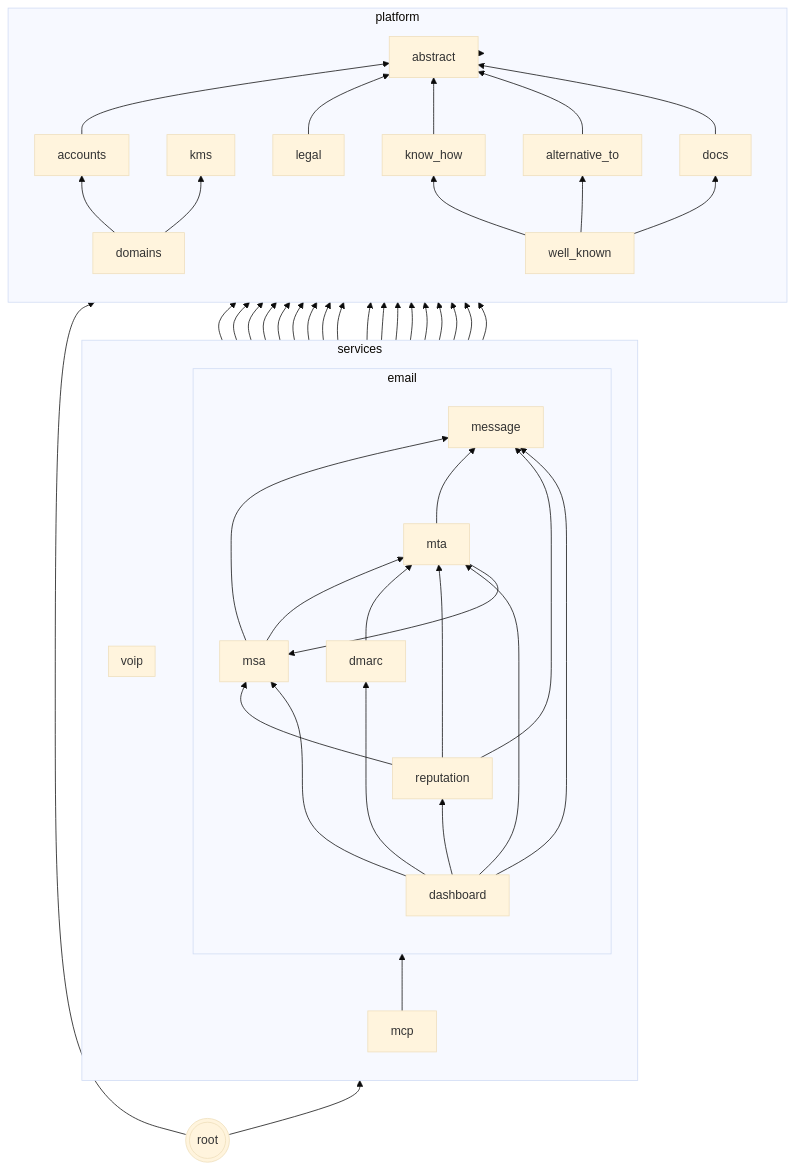
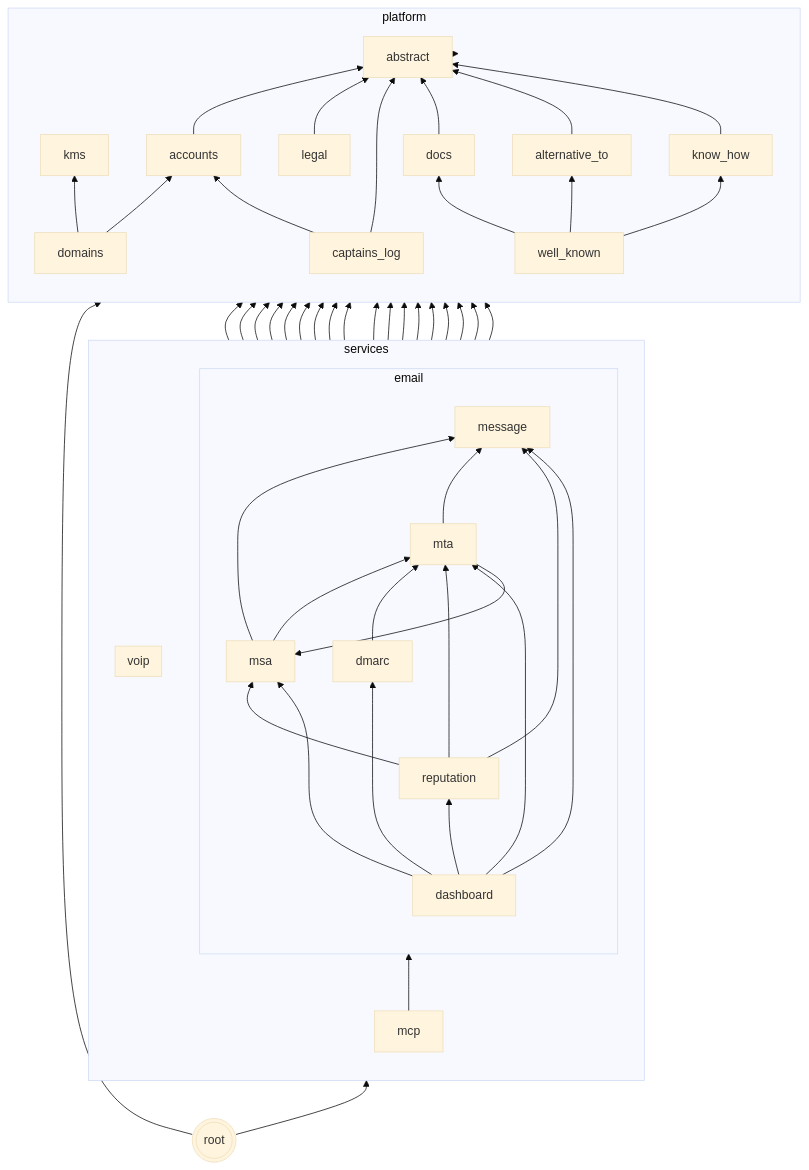
One commit to codingjoe/relay changed the second of 2 diagrams in README.md. Above: the diagram before and after it, drawn with Mermaid (base theme). The commit also changed 35 other files, not shown here.

````diff
--- a/README.md
+++ b/README.md
@@ -372,77 +372,80 @@
 ```mermaid
 graph BT
  abstract[abstract];
  kms[kms];
  subgraph platform
  direction BT
  accounts
  domains
  know_how[know_how]
  alternative_to[alternative_to]
+ captains_log[captains_log]
  docs
  legal
  well_known[well_known]
  domains --> accounts
  accounts --> abstract
  domains --> kms
  legal --> abstract
  know_how --> abstract
  alternative_to --> abstract
+ captains_log --> abstract
+ captains_log --> accounts
  docs --> abstract
  well_known --> know_how
  well_known --> alternative_to
  well_known --> docs
  end
  subgraph services
  direction BT
  subgraph email
  direction BT
  dashboard[dashboard]
  message[message]
  msa
  mta
  dmarc
  reputation
  message --> accounts
  message --> domains
  message --> kms
  msa --> message
  msa --> accounts
  msa --> domains
  msa --> kms
  msa --> mta
  mta --> message
  mta --> msa
  mta --> accounts
  mta --> domains
  mta --> kms
  dmarc --> accounts
  dmarc --> domains
  dmarc --> mta
  reputation --> mta
  reputation --> message
  reputation --> domains
  reputation --> accounts
  reputation --> msa
  dashboard --> message
  dashboard --> msa
  dashboard --> mta
  dashboard --> dmarc
  dashboard --> reputation
  end
  mcp
  mcp --> abstract
  mcp --> accounts
  mcp --> docs
  mcp --> know_how
  mcp --> message
  subgraph voip
  direction BT
  end
  end
  services --> platform;
  platform --> abstract;
  root --> services;
  root --> platform;
  root(((root)))
 ```
````
